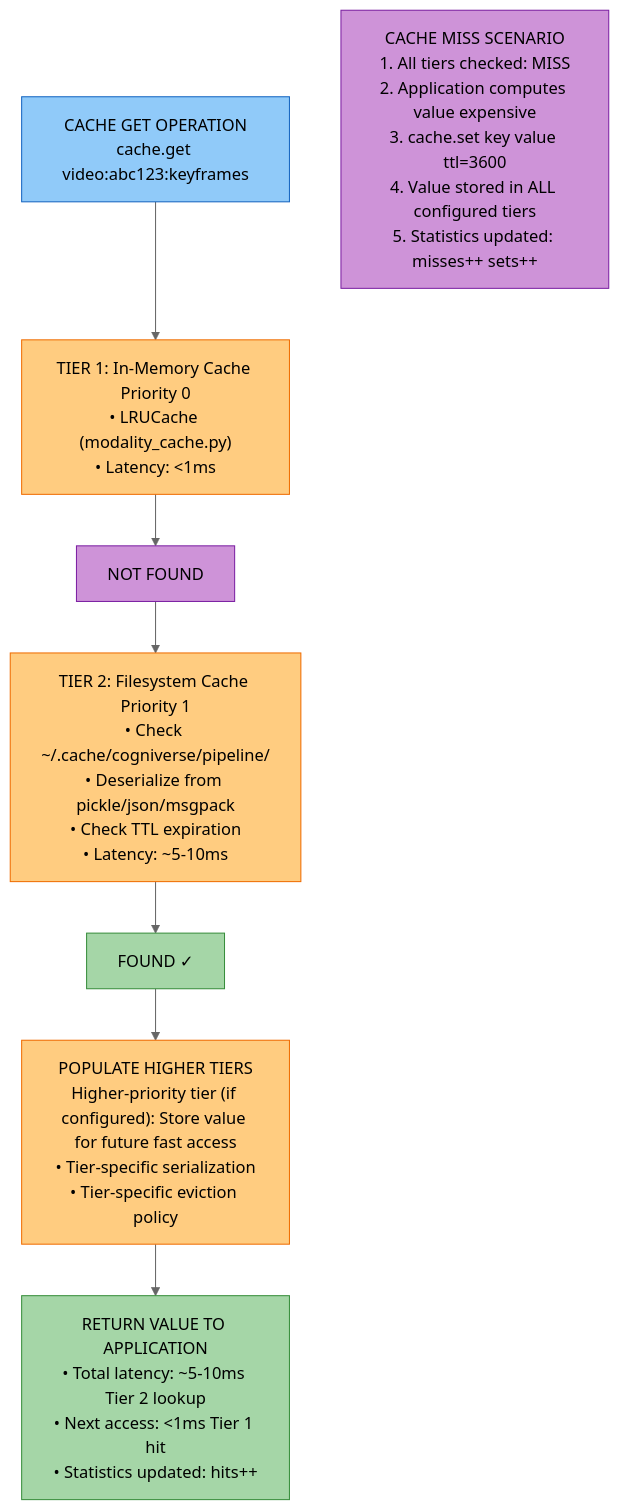
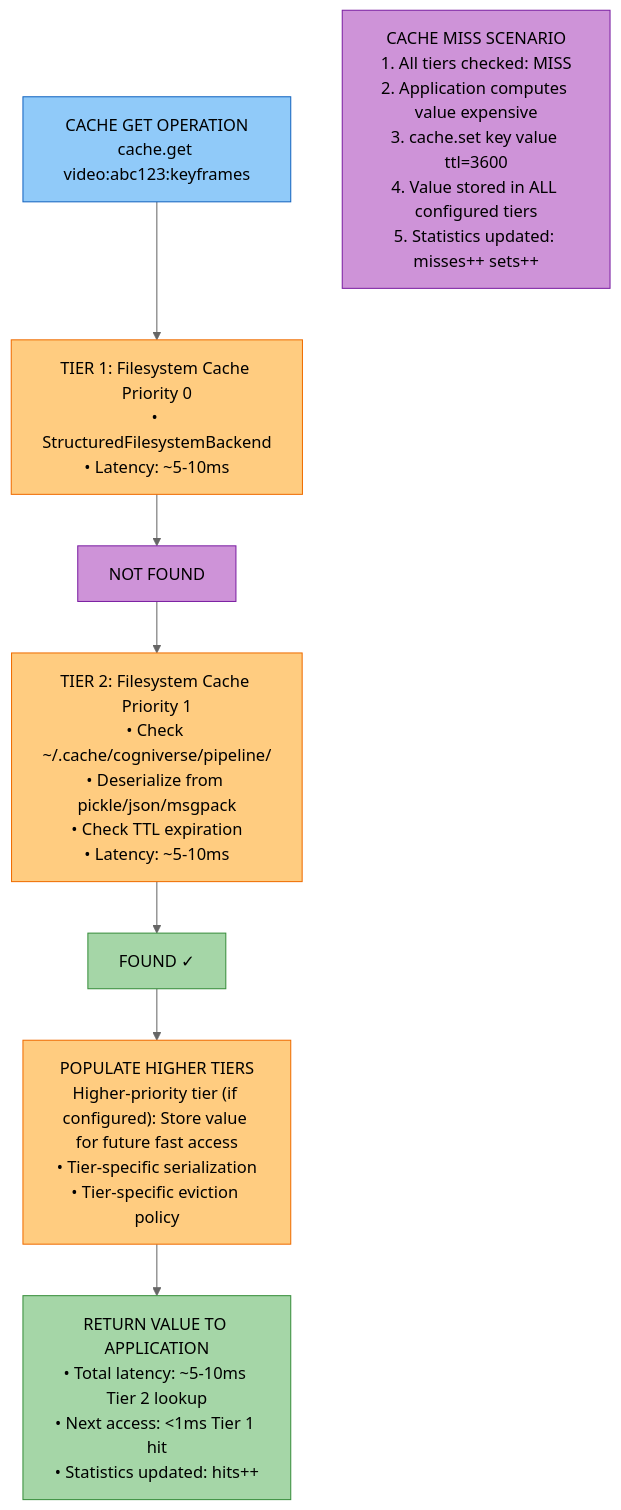
Before and after one commit to amit-jain/cogniverse: the second of 6 diagrams in docs/modules/cache.md, drawn with Mermaid (neutral theme). The commit also changed other lines of this file and 50 other files, not shown here.

````diff
--- a/docs/modules/cache.md
+++ b/docs/modules/cache.md
@@ -157,27 +157,27 @@
 ```mermaid
 flowchart TB
     START["<span style='color:#000'>CACHE GET OPERATION<br/>cache.get video:abc123:keyframes</span>"]
-    T1["<span style='color:#000'>TIER 1: In-Memory Cache Priority 0<br/>• LRUCache (modality_cache.py)<br/>• Latency: <1ms</span>"]
+    T1["<span style='color:#000'>TIER 1: Filesystem Cache Priority 0<br/>• StructuredFilesystemBackend<br/>• Latency: ~5-10ms</span>"]
     T1_MISS["<span style='color:#000'>NOT FOUND</span>"]
     T2["<span style='color:#000'>TIER 2: Filesystem Cache Priority 1<br/>• Check ~/.cache/cogniverse/pipeline/<br/>• Deserialize from pickle/json/msgpack<br/>• Check TTL expiration<br/>• Latency: ~5-10ms</span>"]
     T2_HIT["<span style='color:#000'>FOUND ✓</span>"]
     POP["<span style='color:#000'>POPULATE HIGHER TIERS<br/>Higher-priority tier (if configured): Store value for future fast access<br/>• Tier-specific serialization<br/>• Tier-specific eviction policy</span>"]
     RETURN["<span style='color:#000'>RETURN VALUE TO APPLICATION<br/>• Total latency: ~5-10ms Tier 2 lookup<br/>• Next access: <1ms Tier 1 hit<br/>• Statistics updated: hits++</span>"]
     MISS["<span style='color:#000'>CACHE MISS SCENARIO<br/>1. All tiers checked: MISS<br/>2. Application computes value expensive<br/>3. cache.set key value ttl=3600<br/>4. Value stored in ALL configured tiers<br/>5. Statistics updated: misses++ sets++</span>"]
 
     START --> T1
     T1 --> T1_MISS
     T1_MISS --> T2
     T2 --> T2_HIT
     T2_HIT --> POP
     POP --> RETURN
 
     style START fill:#90caf9,stroke:#1565c0,color:#000
     style T1 fill:#ffcc80,stroke:#ef6c00,color:#000
     style T1_MISS fill:#ce93d8,stroke:#7b1fa2,color:#000
     style T2 fill:#ffcc80,stroke:#ef6c00,color:#000
     style T2_HIT fill:#a5d6a7,stroke:#388e3c,color:#000
     style POP fill:#ffcc80,stroke:#ef6c00,color:#000
     style RETURN fill:#a5d6a7,stroke:#388e3c,color:#000
     style MISS fill:#ce93d8,stroke:#7b1fa2,color:#000
 ```
````
